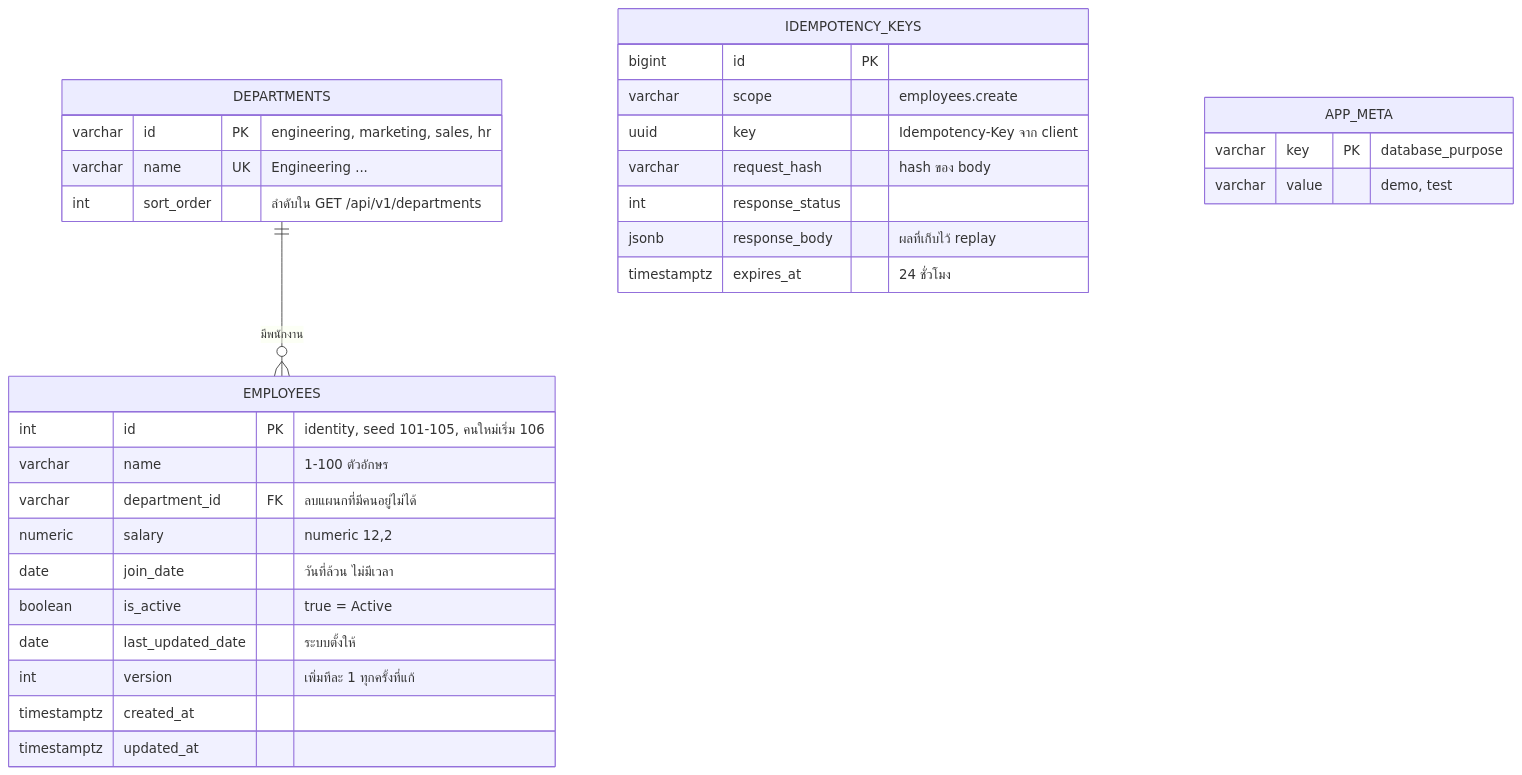
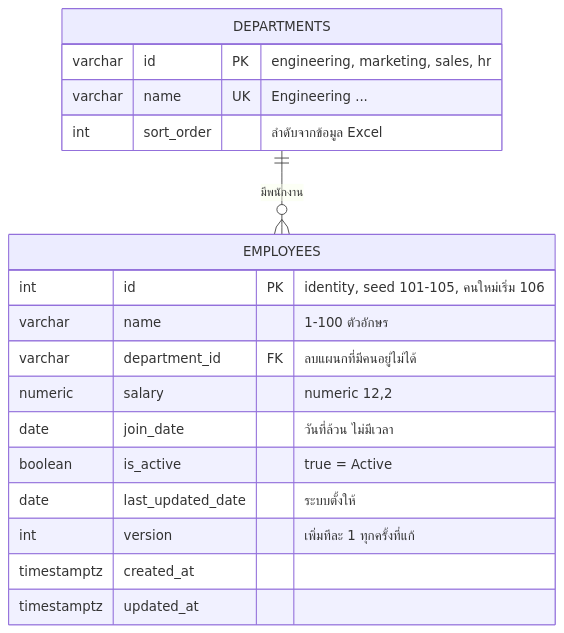
One commit to sittipong-hemloun/helius-tech-test changed the first of 3 diagrams in docs/learn/03-database-prisma.md. Above: the diagram before and after it, drawn with Mermaid. The commit also changed other lines of this file and 180 other files, not shown here.

````diff
--- a/docs/learn/03-database-prisma.md
+++ b/docs/learn/03-database-prisma.md
@@ -19,34 +18,21 @@
 ```mermaid
 erDiagram
     DEPARTMENTS ||--o{ EMPLOYEES : "มีพนักงาน"
     DEPARTMENTS {
         varchar id PK "engineering, marketing, sales, hr"
         varchar name UK "Engineering ..."
-        int sort_order "ลำดับใน GET /api/v1/departments"
+        int sort_order "ลำดับจากข้อมูล Excel"
     }
     EMPLOYEES {
         int id PK "identity, seed 101-105, คนใหม่เริ่ม 106"
         varchar name "1-100 ตัวอักษร"
         varchar department_id FK "ลบแผนกที่มีคนอยู่ไม่ได้"
         numeric salary "numeric 12,2"
         date join_date "วันที่ล้วน ไม่มีเวลา"
         boolean is_active "true = Active"
         date last_updated_date "ระบบตั้งให้"
         int version "เพิ่มทีละ 1 ทุกครั้งที่แก้"
         timestamptz created_at
         timestamptz updated_at
     }
-    IDEMPOTENCY_KEYS {
-        bigint id PK
-        varchar scope "employees.create"
-        uuid key "Idempotency-Key จาก client"
-        varchar request_hash "hash ของ body"
-        int response_status
-        jsonb response_body "ผลที่เก็บไว้ replay"
-        timestamptz expires_at "24 ชั่วโมง"
-    }
-    APP_META {
-        varchar key PK "database_purpose"
-        varchar value "demo, test"
-    }
 ```
````
